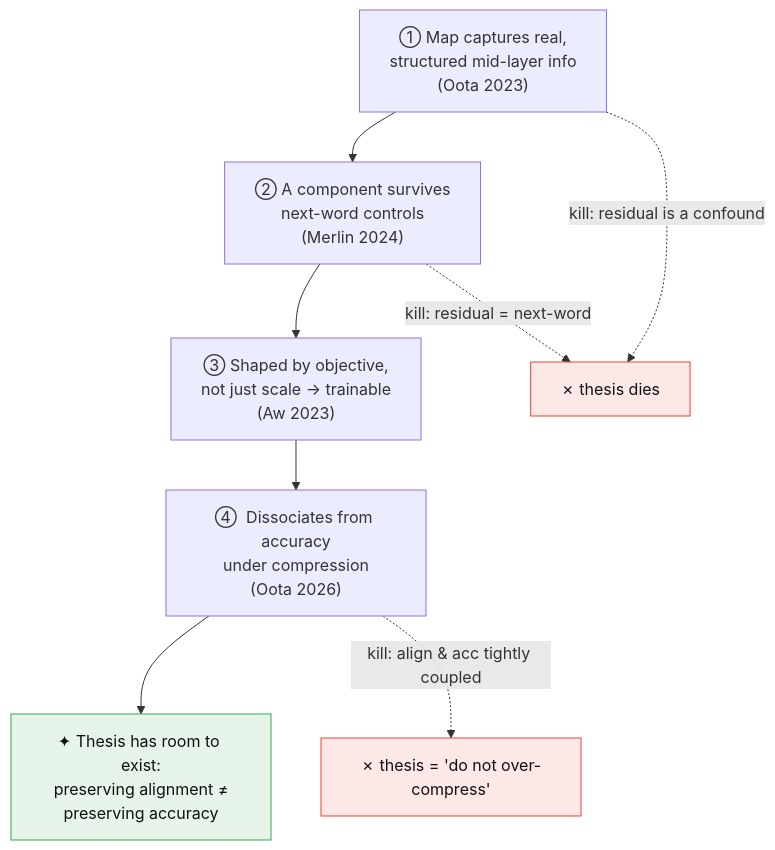
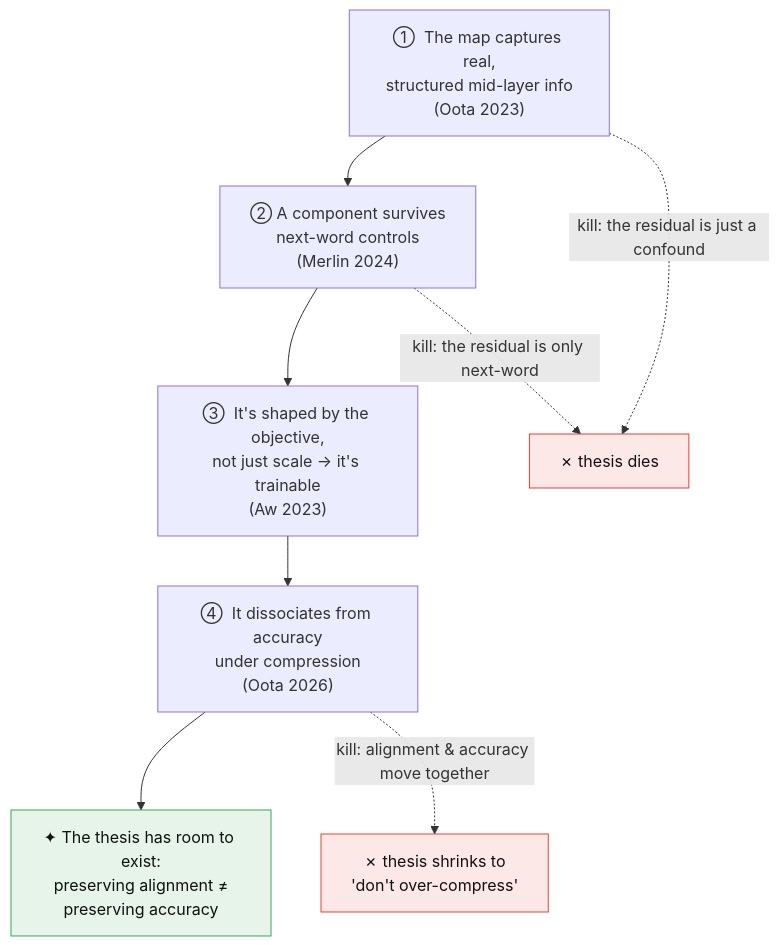
Before and after one commit to MohammadErfan-Jabbari/brain-alignment: the third of 3 diagrams in docs/reports/R01_llm-brain-mapping.md, drawn with Mermaid. The commit also changed other lines of this file, not shown here.

````diff
--- a/docs/reports/R01_llm-brain-mapping.md
+++ b/docs/reports/R01_llm-brain-mapping.md
@@ -97,13 +139,13 @@
 ```mermaid
 flowchart TD
-    L1["①  Map captures real,<br/>structured mid-layer info<br/>(Oota 2023)"] --> L2
+    L1["①  The map captures real,<br/>structured mid-layer info<br/>(Oota 2023)"] --> L2
     L2["②  A component survives<br/>next-word controls<br/>(Merlin 2024)"] --> L3
-    L3["③  Shaped by objective,<br/>not just scale → trainable<br/>(Aw 2023)"] --> L4
-    L4["④  Dissociates from accuracy<br/>under compression<br/>(Oota 2026)"] --> T["✦ Thesis has room to exist:<br/>preserving alignment ≠<br/>preserving accuracy"]
-    L1 -.kill: residual is a confound.-> X1["✗ thesis dies"]
-    L2 -.kill: residual = next-word.-> X1
-    L4 -.kill: align & acc tightly coupled.-> X2["✗ thesis = 'do not over-compress'"]
+    L3["③  It's shaped by the objective,<br/>not just scale → it's trainable<br/>(Aw 2023)"] --> L4
+    L4["④  It dissociates from accuracy<br/>under compression<br/>(Oota 2026)"] --> T["✦ The thesis has room to exist:<br/>preserving alignment ≠<br/>preserving accuracy"]
+    L1 -.kill: the residual is just a confound.-> X1["✗ thesis dies"]
+    L2 -.kill: the residual is only next-word.-> X1
+    L4 -.kill: alignment & accuracy move together.-> X2["✗ thesis shrinks to<br/>'don't over-compress'"]
     style T fill:#e6f4ea,stroke:#34a853,color:#111
     style X1 fill:#fce8e6,stroke:#ea4335,color:#111
     style X2 fill:#fce8e6,stroke:#ea4335,color:#111
 ```
````
